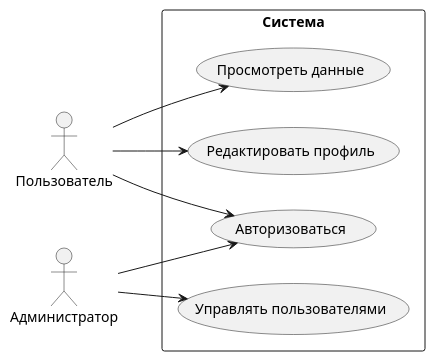
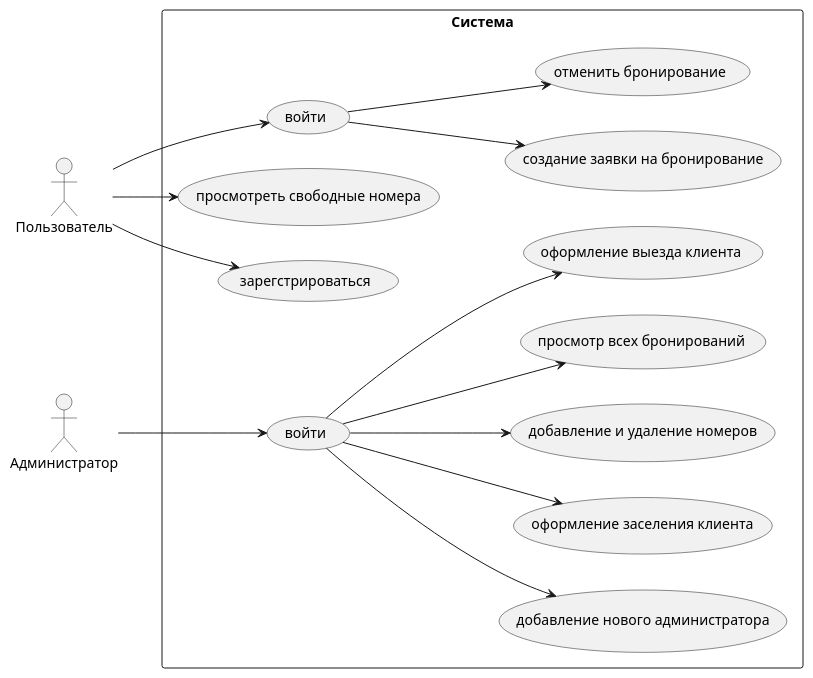
One commit to Goustus/laboratorka-infa2 changed the diagram in docs/usecase.puml. Above: the diagram before and after it, drawn with PlantUML. The commit also changed 7 other files, not shown here.

```diff
--- a/docs/usecase.puml
+++ b/docs/usecase.puml
@@ -1,20 +1,33 @@
 @startuml
 left to right direction
 
 actor "Пользователь" as User
 actor "Администратор" as Admin
 
 rectangle "Система" {
-    usecase "Авторизоваться" as UC1
-    usecase "Просмотреть данные" as UC2
-    usecase "Редактировать профиль" as UC3
-    usecase "Управлять пользователями" as UC4
+    usecase "войти" as UC1
+    usecase "просмотреть свободные номера" as UC2
+    usecase "зарегстрироваться" as UC3
+    usecase "войти" as UC4
+    usecase "создание заявки на бронирование" as UC5
+    usecase "отменить бронирование" as UC6
+    usecase "добавление нового администратора" as UC7
+    usecase "оформление заселения клиента" as UC8
+    usecase "добавление и удаление номеров" as UC9
+    usecase "просмотр всех бронирований" as UC10
+    usecase "оформление выезда клиента" as UC11
 }
 
 User --> UC1
 User --> UC2
 User --> UC3
+UC1 --> UC5
+UC1 --> UC6
 
-Admin --> UC1
 Admin --> UC4
+UC4 --> UC11
+UC4 --> UC10
+UC4 --> UC9
+UC4 --> UC8
+UC4 --> UC7
 @enduml
```
